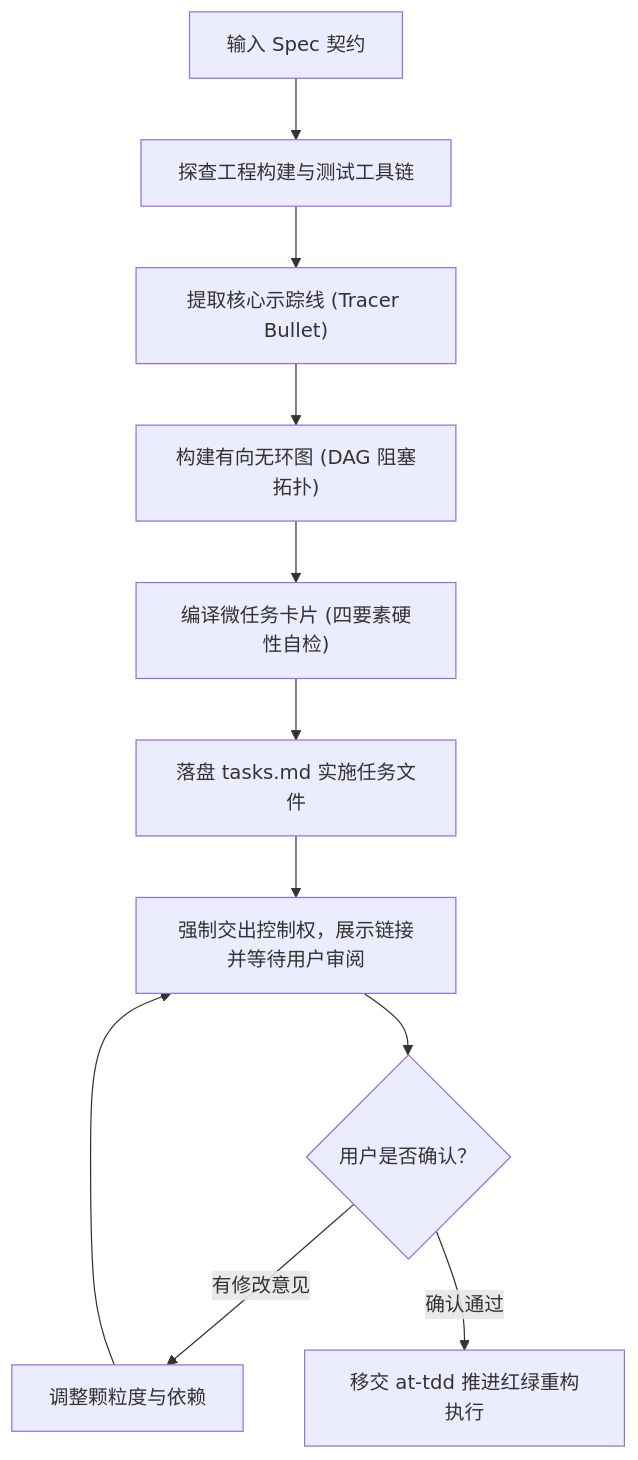
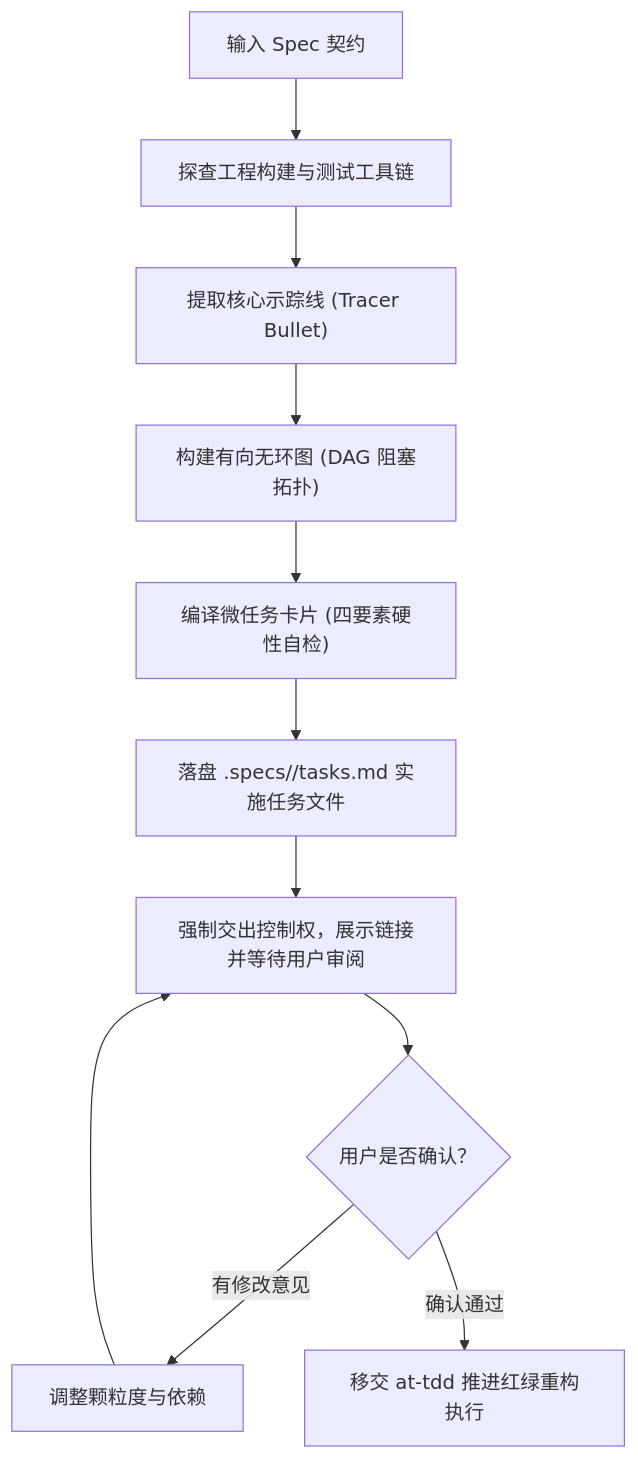
The diagram in docs/skills/at-plan.md (atengk/skills), drawn with Mermaid before and after one commit. The commit also changed other lines of this file and 31 other files, not shown here.

````diff
--- a/docs/skills/at-plan.md
+++ b/docs/skills/at-plan.md
@@ -41,12 +41,12 @@
 ```mermaid
 flowchart TD
     Start["输入 Spec 契约"] --> InspectEnv["探查工程构建与测试工具链"]
     InspectEnv --> FindTracer["提取核心示踪线 (Tracer Bullet)"]
     FindTracer --> BuildDAG["构建有向无环图 (DAG 阻塞拓扑)"]
     BuildDAG --> CompileTasks["编译微任务卡片 (四要素硬性自检)"]
-    CompileTasks --> WritePlan["落盘 tasks.md 实施任务文件"]
+    CompileTasks --> WritePlan["落盘 .specs/<feature-slug>/tasks.md 实施任务文件"]
     WritePlan --> HumanGate["强制交出控制权，展示链接并等待用户审阅"]
     HumanGate --> Approved{"用户是否确认？"}
     Approved -- 有修改意见 --> AdjustPlan["调整颗粒度与依赖"] --> HumanGate
     Approved -- 确认通过 --> Next["移交 at-tdd 推进红绿重构执行"]
 ```
````
